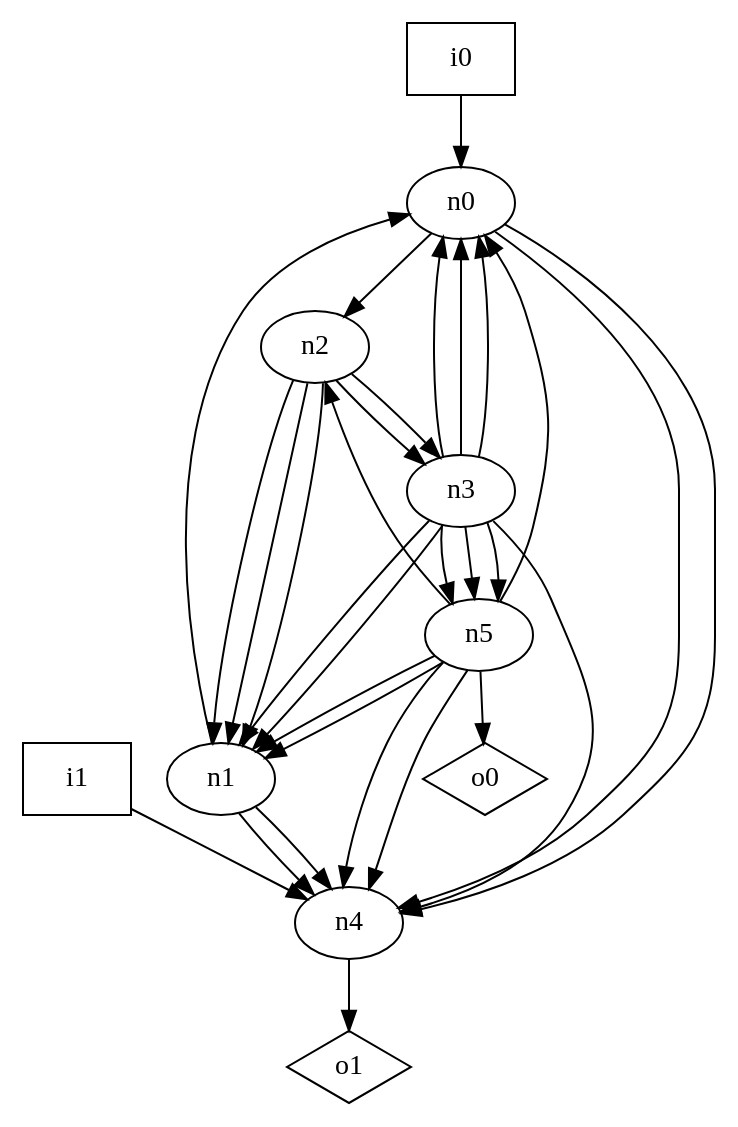
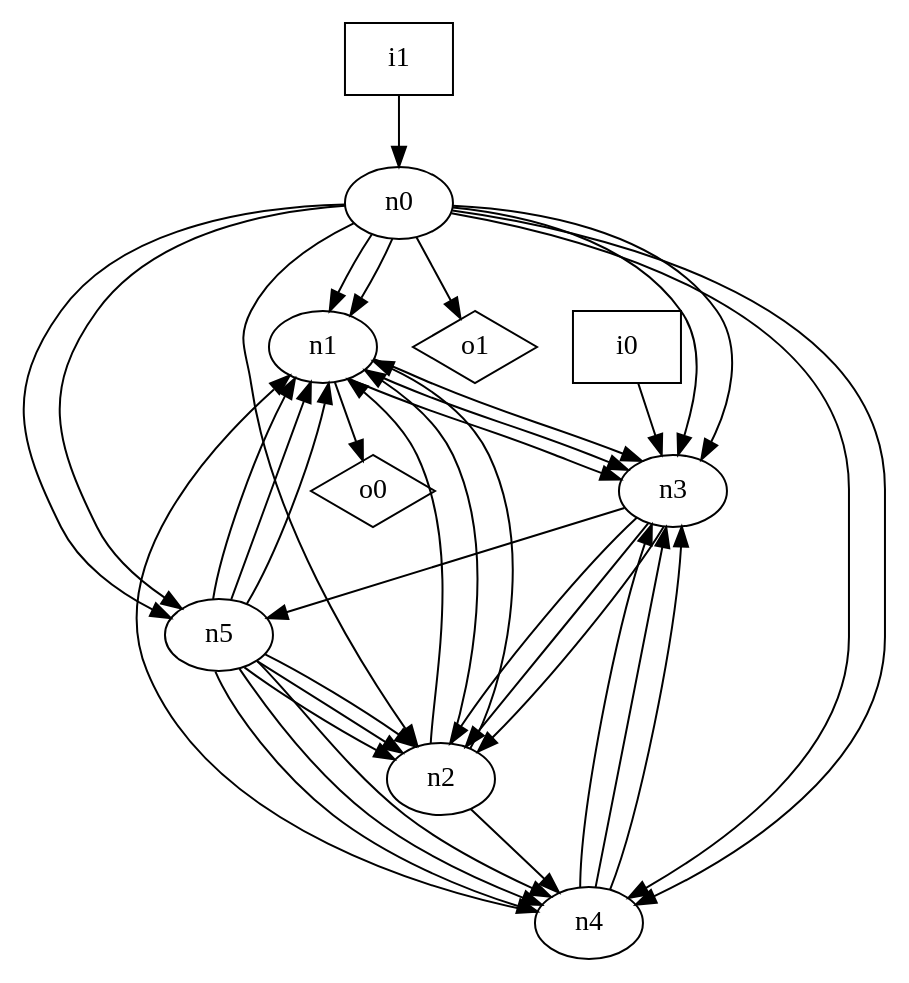
The diagram in dot_files/random/random_oriented_loop_free_graph.dot (p9romain/bool-circuits), drawn with Graphviz before and after one commit. The commit also changed 29 other files, not shown here.

```diff
--- a/dot_files/random/random_oriented_loop_free_graph.dot
+++ b/dot_files/random/random_oriented_loop_free_graph.dot
@@ -1,42 +1,49 @@
 digraph G {
 n0 [label="n0"];
 n1 [label="n1"];
 n2 [label="n2"];
 n3 [label="n3"];
 n4 [label="n4"];
 n5 [label="n5"];
 n6 [label="i0",shape="box"];
 n7 [label="i1",shape="box"];
 n8 [label="o0",shape="diamond"];
 n9 [label="o1",shape="diamond"];
+n0 -> n1
+n0 -> n1
 n0 -> n2
+n0 -> n3
+n0 -> n3
 n0 -> n4
 n0 -> n4
-n1 -> n0
-n1 -> n4
-n1 -> n4
+n0 -> n5
+n0 -> n5
+n0 -> n9
+n1 -> n3
+n1 -> n3
+n1 -> n3
+n1 -> n8
 n2 -> n1
 n2 -> n1
 n2 -> n1
-n2 -> n3
-n2 -> n3
-n3 -> n0
-n3 -> n0
-n3 -> n0
-n3 -> n1
-n3 -> n1
-n3 -> n4
+n2 -> n4
+n3 -> n2
+n3 -> n2
+n3 -> n2
 n3 -> n5
-n3 -> n5
-n3 -> n5
-n4 -> n9
-n5 -> n0
+n4 -> n1
+n4 -> n3
+n4 -> n3
+n4 -> n3
+n5 -> n1
 n5 -> n1
 n5 -> n1
 n5 -> n2
+n5 -> n2
+n5 -> n2
 n5 -> n4
 n5 -> n4
-n5 -> n8
-n6 -> n0
-n7 -> n4
+n5 -> n4
+n6 -> n3
+n7 -> n0
 }
```
